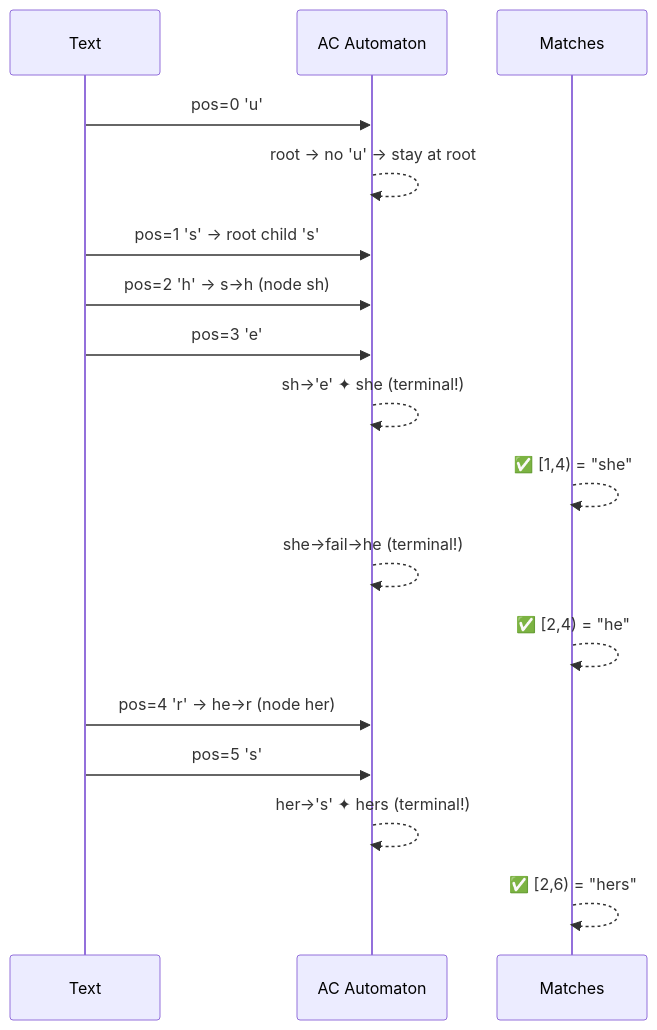
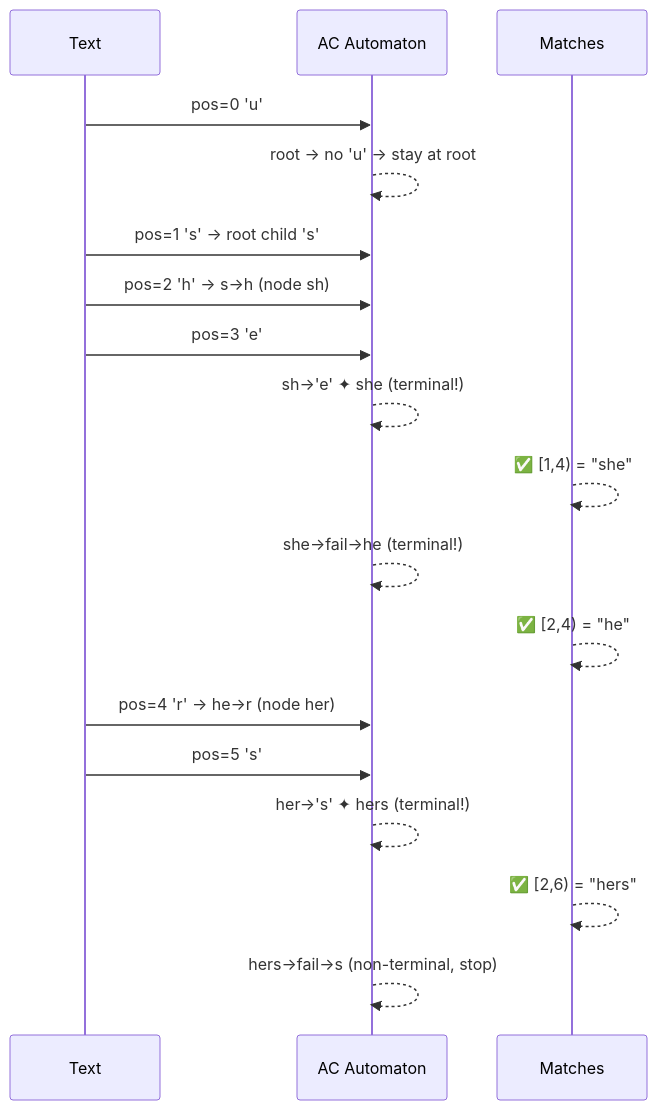
Before and after one commit to CandyMi/ccac: the third of 3 diagrams in README.md, drawn with Mermaid. The commit also changed other lines of this file and 10 other files, not shown here.

First line of the commit message:
refactor: rename ccac_find → ccac_match; fix wrong failure links in AC diagrams

````diff
--- a/README.md
+++ b/README.md
@@ -225,24 +226,25 @@
 ```mermaid
 sequenceDiagram
     participant T as Text
     participant AC as AC Automaton
     participant M as Matches
     
     T->>AC: pos=0 'u'
     AC-->>AC: root → no 'u' → stay at root
     
     T->>AC: pos=1 's' → root child 's'
     T->>AC: pos=2 'h' → s→h (node sh)
     
     T->>AC: pos=3 'e'
     AC-->>AC: sh→'e' ✦ she (terminal!)
     M-->>M: ✅ [1,4) = "she"
     AC-->>AC: she→fail→he (terminal!)
     M-->>M: ✅ [2,4) = "he"
     
     T->>AC: pos=4 'r' → he→r (node her)
     
     T->>AC: pos=5 's'
     AC-->>AC: her→'s' ✦ hers (terminal!)
     M-->>M: ✅ [2,6) = "hers"
+    AC-->>AC: hers→fail→s (non-terminal, stop)
 ```
````
